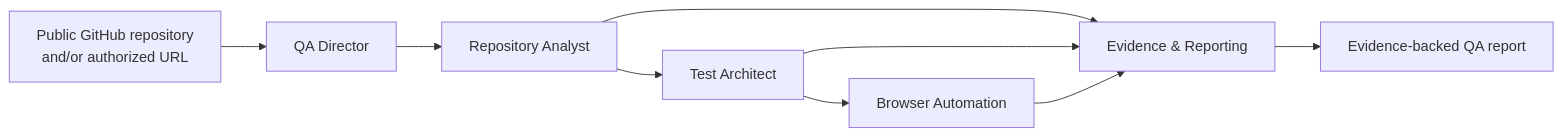
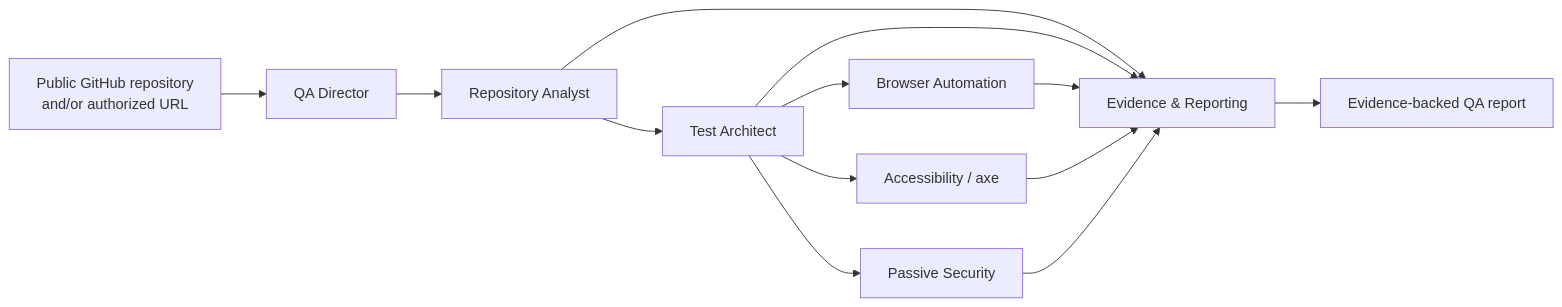
The diagram in README.md (julzburz/swarm-ai-qa), drawn with Mermaid before and after one commit. The commit also changed other lines of this file and 18 other files, not shown here.

Commit message:
feat: add passive security QA agent

````diff
--- a/README.md
+++ b/README.md
@@ -25,11 +27,15 @@
 ```mermaid
 flowchart LR
     U["Public GitHub repository<br/>and/or authorized URL"] --> D["QA Director"]
     D --> R["Repository Analyst"]
     R --> T["Test Architect"]
     T --> B["Browser Automation"]
+    T --> A["Accessibility / axe"]
+    T --> S["Passive Security"]
     R --> E["Evidence & Reporting"]
     T --> E
     B --> E
+    A --> E
+    S --> E
     E --> Q["Evidence-backed QA report"]
 ```
````
